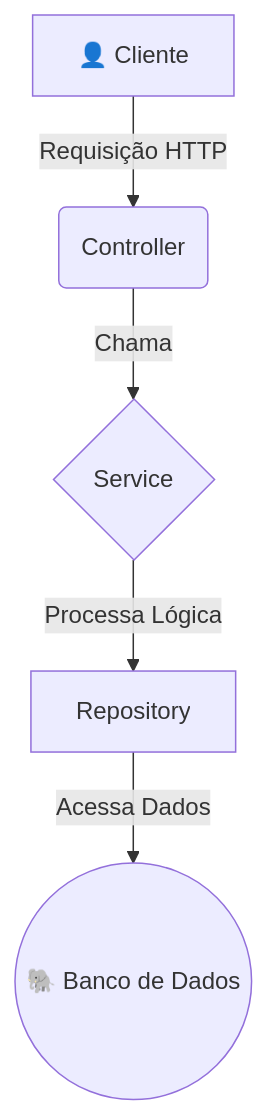
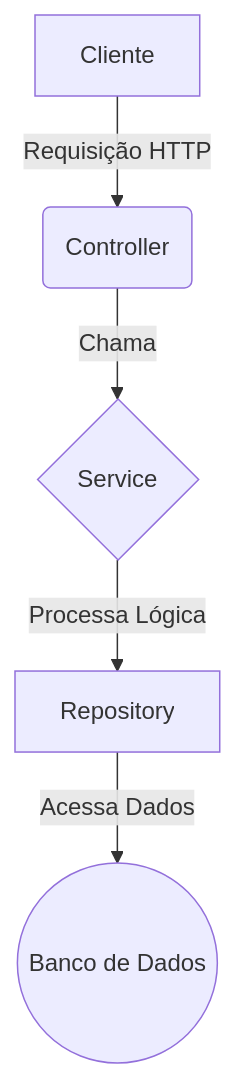
The diagram in README.md (cabralbrcwb/gestao-hospedes-hotel), drawn with Mermaid before and after one commit. The commit also changed other lines of this file and 44 other files, not shown here.

````diff
--- a/README.md
+++ b/README.md
@@ -81,7 +81,7 @@
 ```mermaid
 graph TD
-    A[👤 Cliente] -->|Requisição HTTP| B(Controller);
+    A[Cliente] -->|Requisição HTTP| B(Controller);
     B -->|Chama| C{Service};
     C -->|Processa Lógica| D[Repository];
-    D -->|Acessa Dados| E((🐘 Banco de Dados));
+    D -->|Acessa Dados| E((Banco de Dados));
 ```
````
